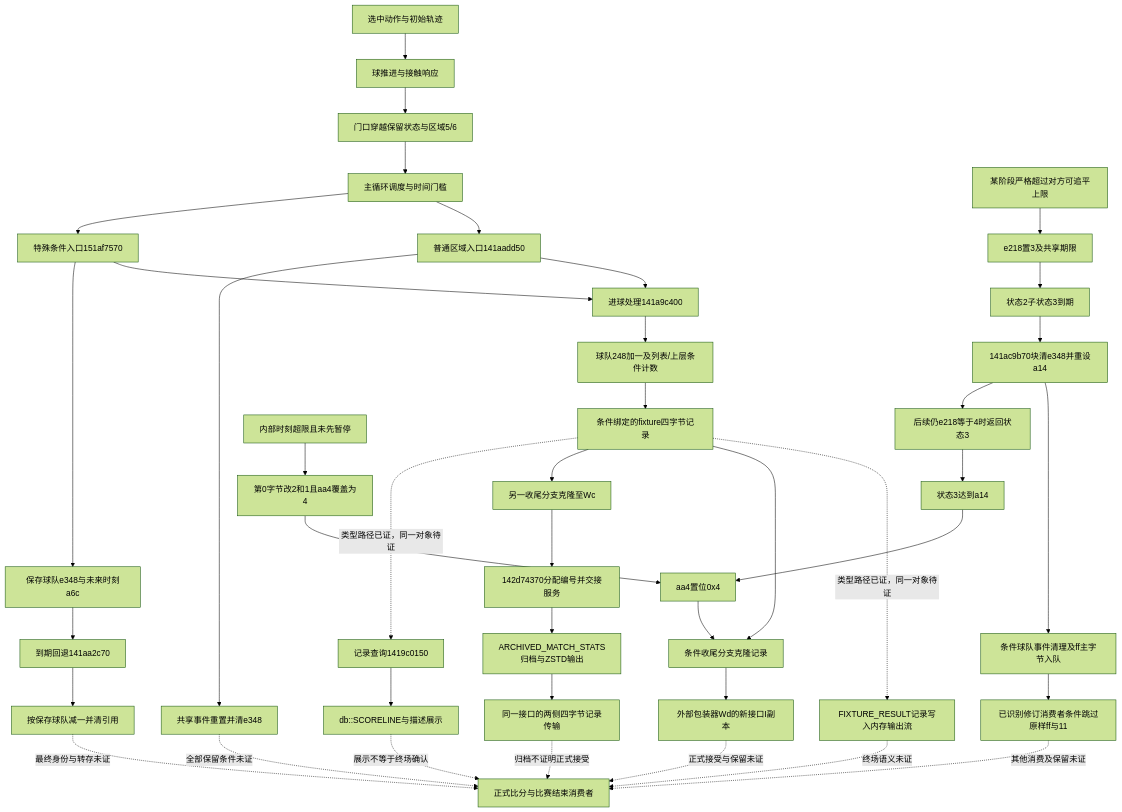
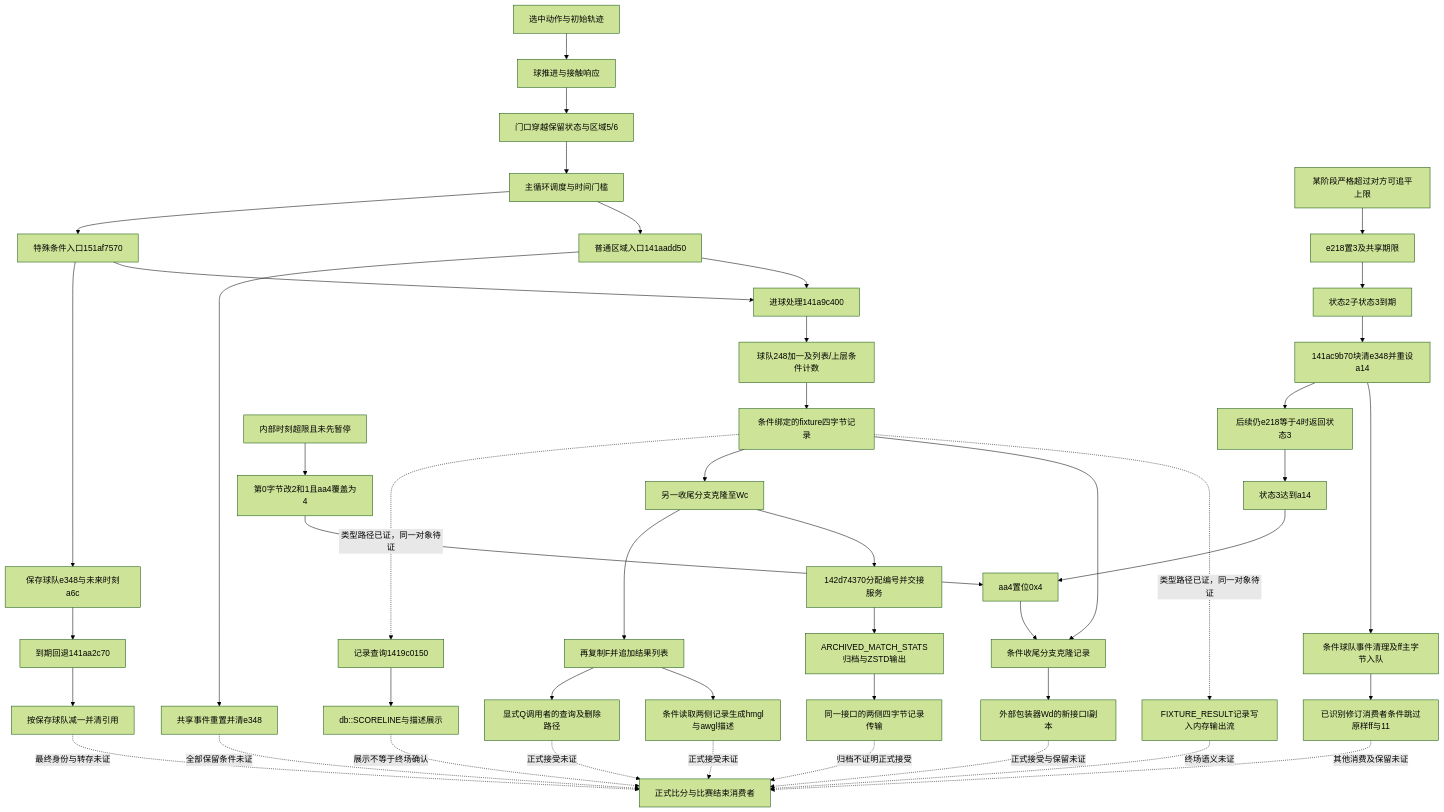
Before and after one commit to appleface2050/FM24-Engine-Research: the diagram in RESEARCH_MAP.md, drawn with Mermaid (forest theme). The commit also changed other lines of this file and 7 other files, not shown here.

````diff
--- a/RESEARCH_MAP.md
+++ b/RESEARCH_MAP.md
@@ -20,43 +20,48 @@
 ```mermaid
 flowchart TD
     A[选中动作与初始轨迹] --> B[球推进与接触响应]
     B --> C[门口穿越保留状态与区域5/6]
     C --> D[主循环调度与时间门槛]
     D --> E[普通区域入口141aadd50]
     E --> F[进球处理141a9c400]
     F --> G[球队248加一及列表/上层条件计数]
     E --> H[共享事件重置并清e348]
     D --> I[特殊条件入口151af7570]
     I --> F
     I --> J[保存球队e348与未来时刻a6c]
     J --> K[到期回退141aa2c70]
     K --> L[按保存球队减一并清引用]
     G --> N[条件绑定的fixture四字节记录]
     N -. 类型路径已证，同一对象待证 .-> O[FIXTURE_RESULT记录写入内存输出流]
     O -. 终场语义未证 .-> M[正式比分与比赛结束消费者]
     N --> R[条件收尾分支克隆记录]
     Z[某阶段严格超过对方可追平上限] --> ZZ[e218置3及共享期限]
     ZZ --> AA[状态2子状态3到期]
     AA --> AB[141ac9b70块清e348并重设a14]
     AB --> AD[条件球队事件清理及ff主字节入队]
     AD --> AE[已识别修订消费者条件跳过原样ff与11]
     AE -. 其他消费及保留未证 .-> M
     AB --> AC[后续仍e218等于4时返回状态3]
     AC --> V[状态3达到a14]
     V --> U[aa4置位0x4]
     W[内部时刻超限且未先暂停] --> Y[第0字节改2和1且aa4覆盖为4]
     Y --> U
     U --> R
     R --> S[外部包装器Wd的新接口I副本]
     S -. 正式接受与保留未证 .-> M
     N --> AF[另一收尾分支克隆至Wc]
     AF --> AG[142d74370分配编号并交接服务]
     AG --> AH[ARCHIVED_MATCH_STATS归档与ZSTD输出]
     AH --> AI[同一接口的两侧四字节记录传输]
     AI -. 归档不证明正式接受 .-> M
+    AF --> AJ[再复制F并追加结果列表]
+    AJ --> AK[条件读取两侧记录生成hmgl与awgl描述]
+    AJ --> AL[显式Q调用者的查询及删除路径]
+    AK -. 正式接受未证 .-> M
+    AL -. 正式接受未证 .-> M
     N -. 类型路径已证，同一对象待证 .-> P[记录查询1419c0150]
     P --> Q[db::SCORELINE与描述展示]
     Q -. 展示不等于终场确认 .-> M
     L -. 最终身份与转存未证 .-> M
     H -. 全部保留条件未证 .-> M
 ```
````
